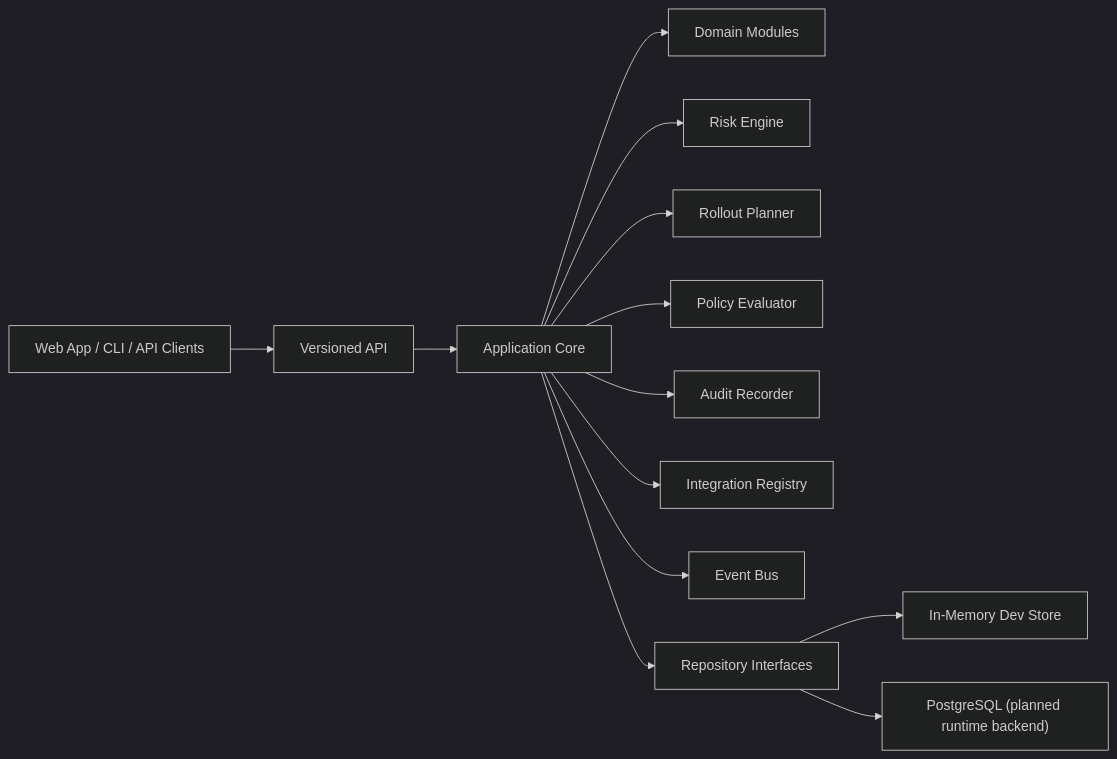
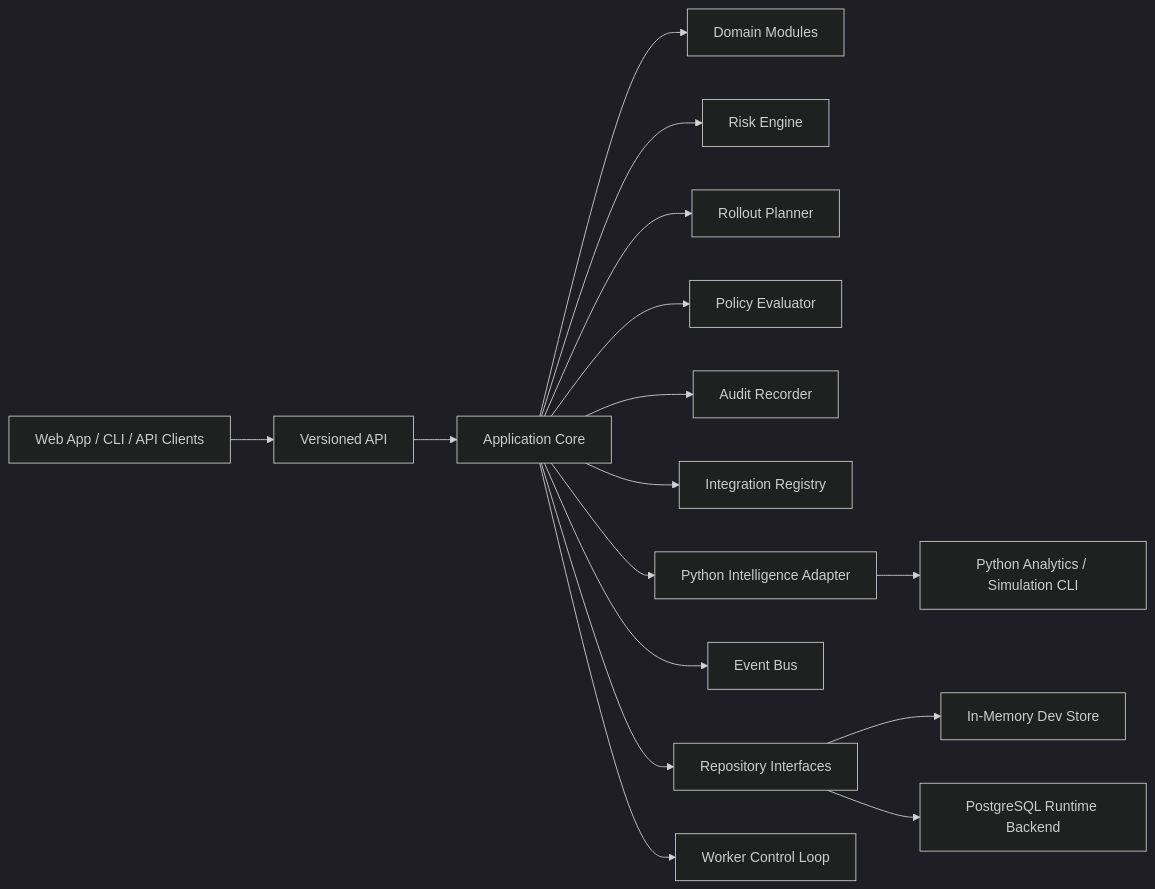
One commit to AdityaAwe8/change-control-plane changed the diagram in docs/architecture/overview.md. Above: the diagram before and after it, drawn with Mermaid (dark theme). The commit also changed other lines of this file and 253 other files, not shown here.

````diff
--- a/docs/architecture/overview.md
+++ b/docs/architecture/overview.md
@@ -7,15 +7,18 @@
 ```mermaid
 flowchart LR
     A["Web App / CLI / API Clients"] --> B["Versioned API"]
     B --> C["Application Core"]
     C --> D["Domain Modules"]
     C --> E["Risk Engine"]
     C --> F["Rollout Planner"]
     C --> G["Policy Evaluator"]
     C --> H["Audit Recorder"]
     C --> I["Integration Registry"]
-    C --> J["Event Bus"]
-    C --> K["Repository Interfaces"]
-    K --> L["In-Memory Dev Store"]
-    K --> M["PostgreSQL (planned runtime backend)"]
+    C --> J["Python Intelligence Adapter"]
+    C --> K["Event Bus"]
+    C --> L["Repository Interfaces"]
+    C --> M["Worker Control Loop"]
+    J --> N["Python Analytics / Simulation CLI"]
+    L --> O["In-Memory Dev Store"]
+    L --> P["PostgreSQL Runtime Backend"]
 ```
````
